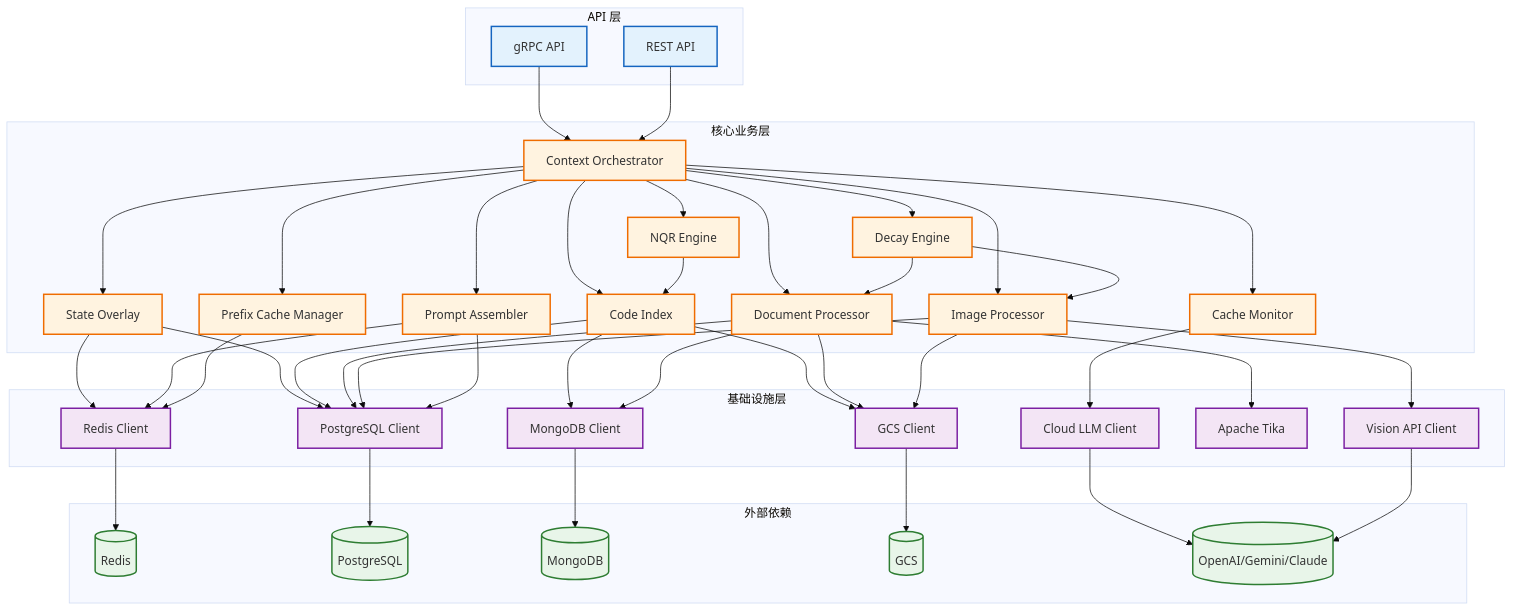
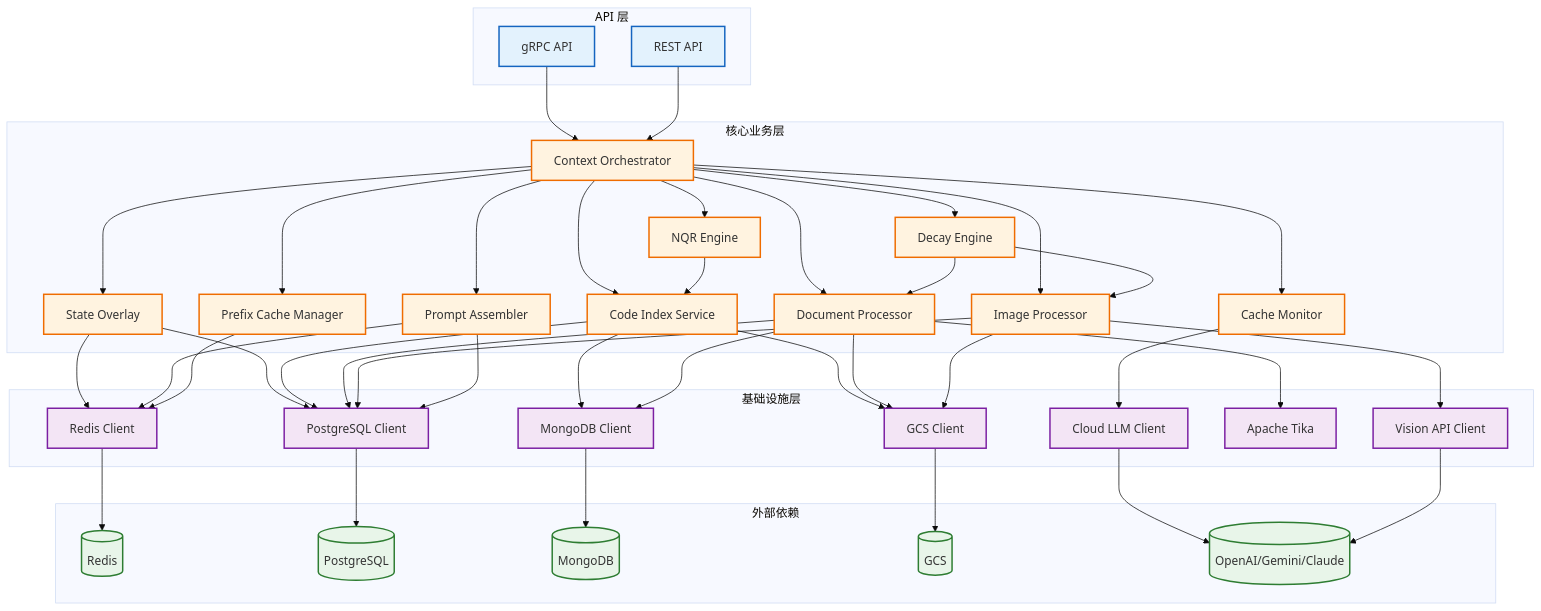
Diagram 15 of 38 in discussions/ContextManagerV6.md (D15190304050/generic-agent), drawn with Mermaid (base theme) before and after one commit. The commit also changed other lines of this file, not shown here.

Commit message:
Revise Context Service documentation

```diff
--- a/discussions/ContextManagerV6.md
+++ b/discussions/ContextManagerV6.md
@@ -1869,7 +1956,7 @@
         PrefixMgr["Prefix Cache Manager"]
         
         CacheMonitor["Cache Monitor"]
-        CodeIndex["Code Index"]
+        CodeIndex["Code Index Service"]
         DocProcessor["Document Processor"]
         ImgProcessor["Image Processor"]
     end
```
